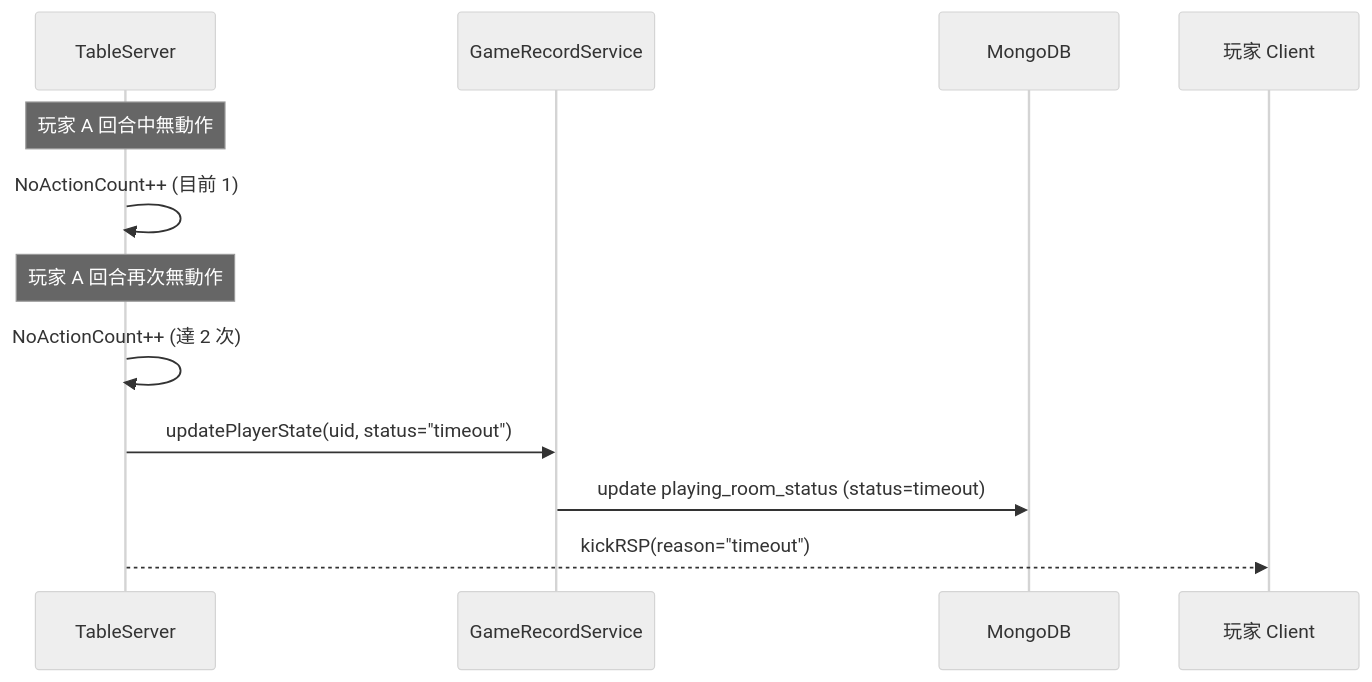
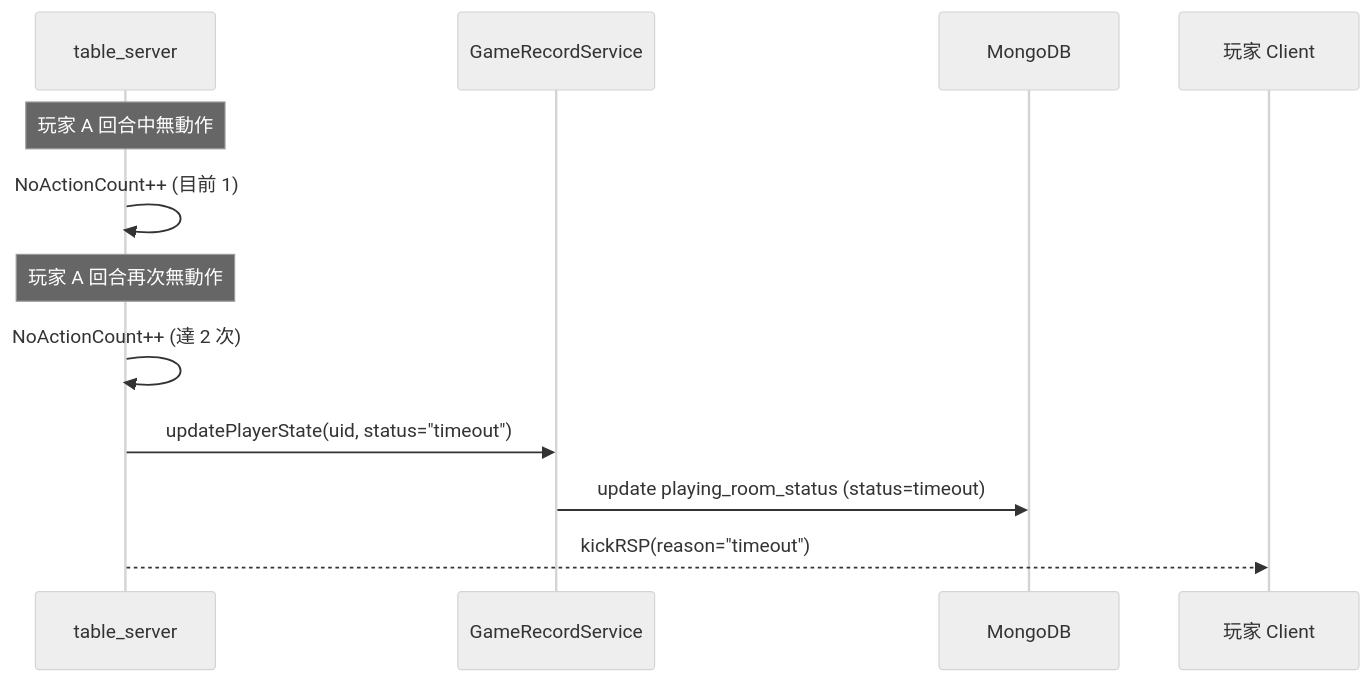
One commit to leeisman/poker_architecture changed the diagram in timeout.md. Above: the diagram before and after it, drawn with Mermaid (neutral theme). The commit also changed 12 other files, not shown here.

````diff
--- a/timeout.md
+++ b/timeout.md
@@ -7,24 +7,24 @@
 ```mermaid
 sequenceDiagram
-    participant Table as TableServer
+    participant Table as table_server
     participant Record as GameRecordService
     participant Mongo as MongoDB
     participant Client as 玩家 Client
 
     %% 1. 玩家進入回合但未動作
     Note over Table: 玩家 A 回合中無動作
     Table->>Table: NoActionCount++ (目前 1)
 
     %% 2. 下一次回合再次未動作
     Note over Table: 玩家 A 回合再次無動作
     Table->>Table: NoActionCount++ (達 2 次)
 
     %% 3. 判定為 Timeout，通知 GameRecordService
     Table->>Record: updatePlayerState(uid, status="timeout")
 
     %% 4. GameRecordService 更新資料庫
     Record->>Mongo: update playing_room_status (status=timeout)
 
     %% 5. 若玩家仍在線，回應通知
     Table-->>Client: kickRSP(reason="timeout")
 ```
````
